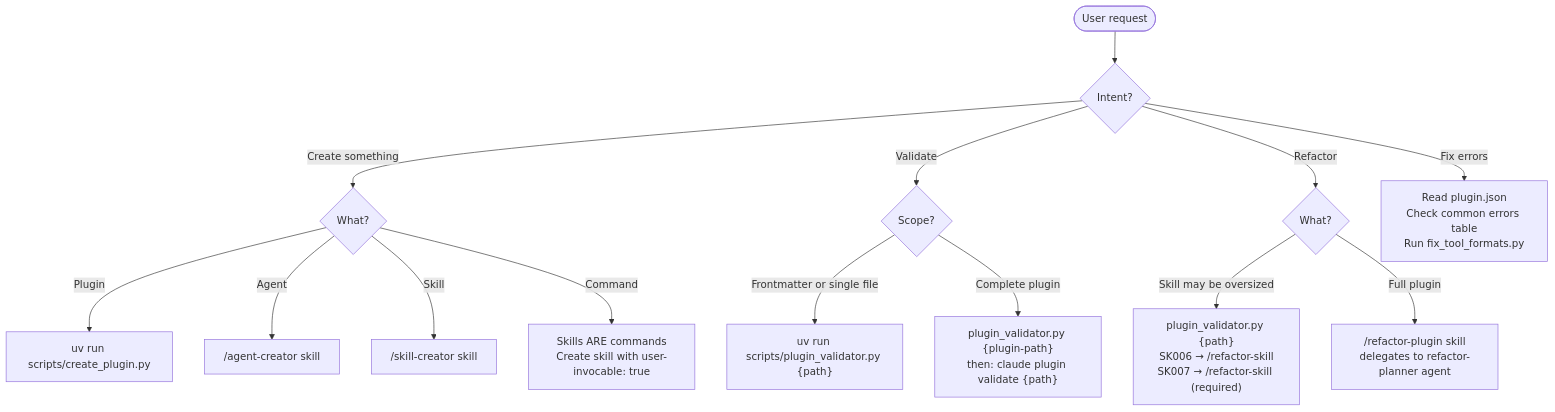
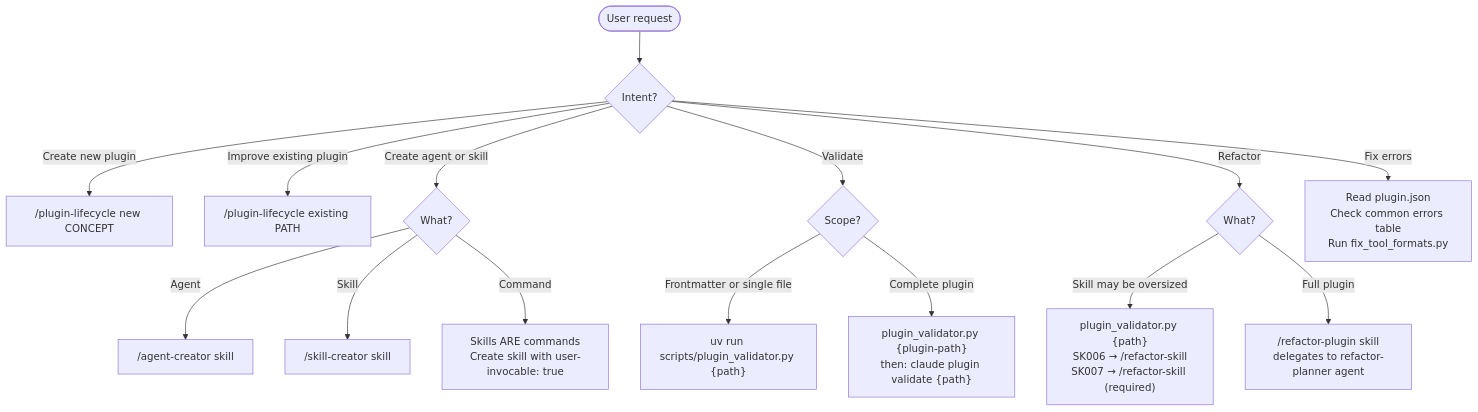
Before and after one commit to chgreer1070/claude_skills: the diagram in plugins/plugin-creator/CLAUDE.md, drawn with Mermaid. The commit also changed other lines of this file and 7 other files, not shown here.

First line of the commit message:
feat(plugin-creator): add plugin-lifecycle skill planning and deprecate plugin-creator (#427)

````diff
--- a/plugins/plugin-creator/CLAUDE.md
+++ b/plugins/plugin-creator/CLAUDE.md
@@ -22,19 +22,20 @@
 ```mermaid
 flowchart TD
     Start([User request]) --> Q1{Intent?}
-    Q1 -->|Create something| Q2{What?}
+    Q1 -->|"Create new plugin"| Lifecycle["/plugin-lifecycle new CONCEPT"]
+    Q1 -->|"Improve existing plugin"| LifecycleExist["/plugin-lifecycle existing PATH"]
+    Q1 -->|Create agent or skill| Q2{What?}
     Q1 -->|Validate| Q3{Scope?}
     Q1 -->|Refactor| Q4{What?}
     Q1 -->|Fix errors| Fix[Read plugin.json<br>Check common errors table<br>Run fix_tool_formats.py]
 
-    Q2 -->|Plugin| CreatePlugin["uv run scripts/create_plugin.py"]
     Q2 -->|Agent| CreateAgent["/agent-creator skill"]
     Q2 -->|Skill| CreateSkill["/skill-creator skill"]
     Q2 -->|Command| CreateCmd["Skills ARE commands<br>Create skill with user-invocable: true"]
 
     Q3 -->|Frontmatter or single file| ValidFile["uv run scripts/plugin_validator.py {path}"]
     Q3 -->|Complete plugin| ValidPlugin["plugin_validator.py {plugin-path}<br>then: claude plugin validate {path}"]
 
     Q4 -->|Skill may be oversized| CheckSize["plugin_validator.py {path}<br>SK006 → /refactor-skill<br>SK007 → /refactor-skill (required)"]
     Q4 -->|Full plugin| RefactorPlugin["/refactor-plugin skill<br>delegates to refactor-planner agent"]
 ```
````
